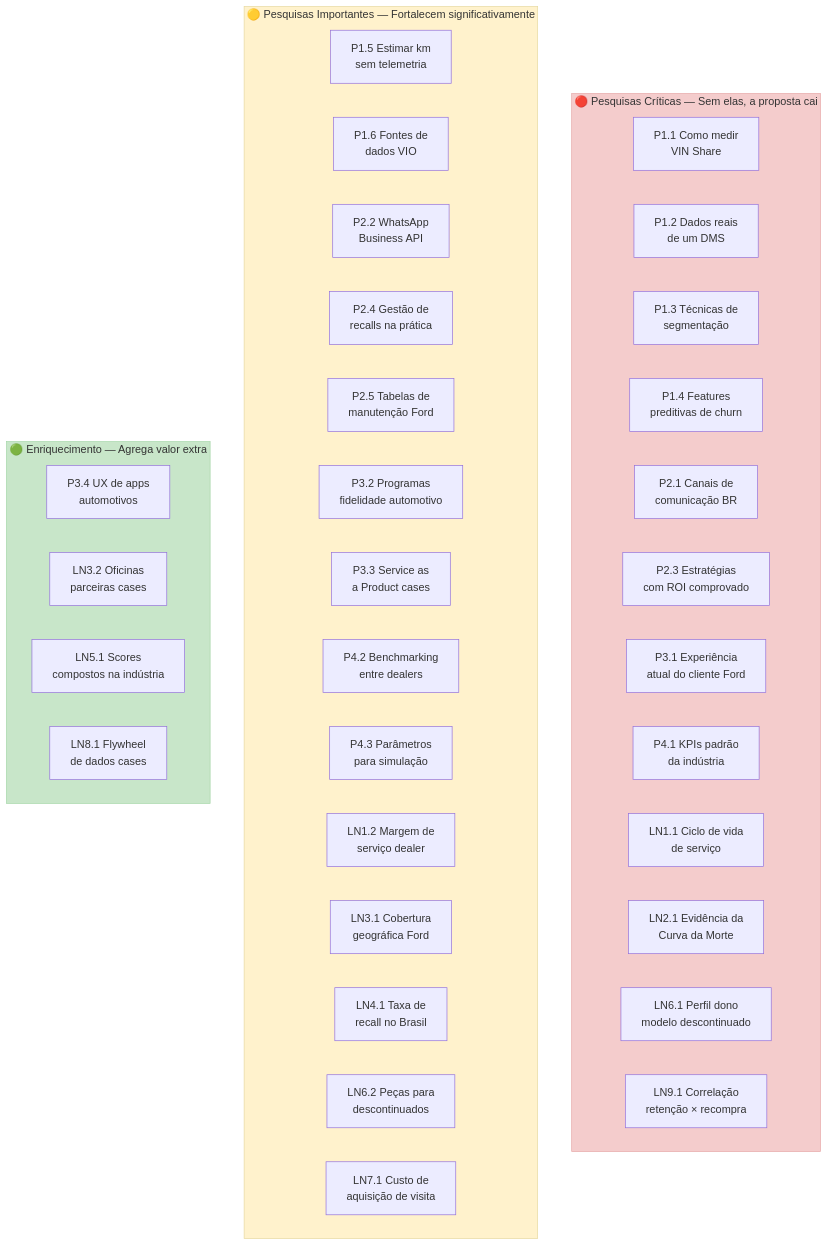
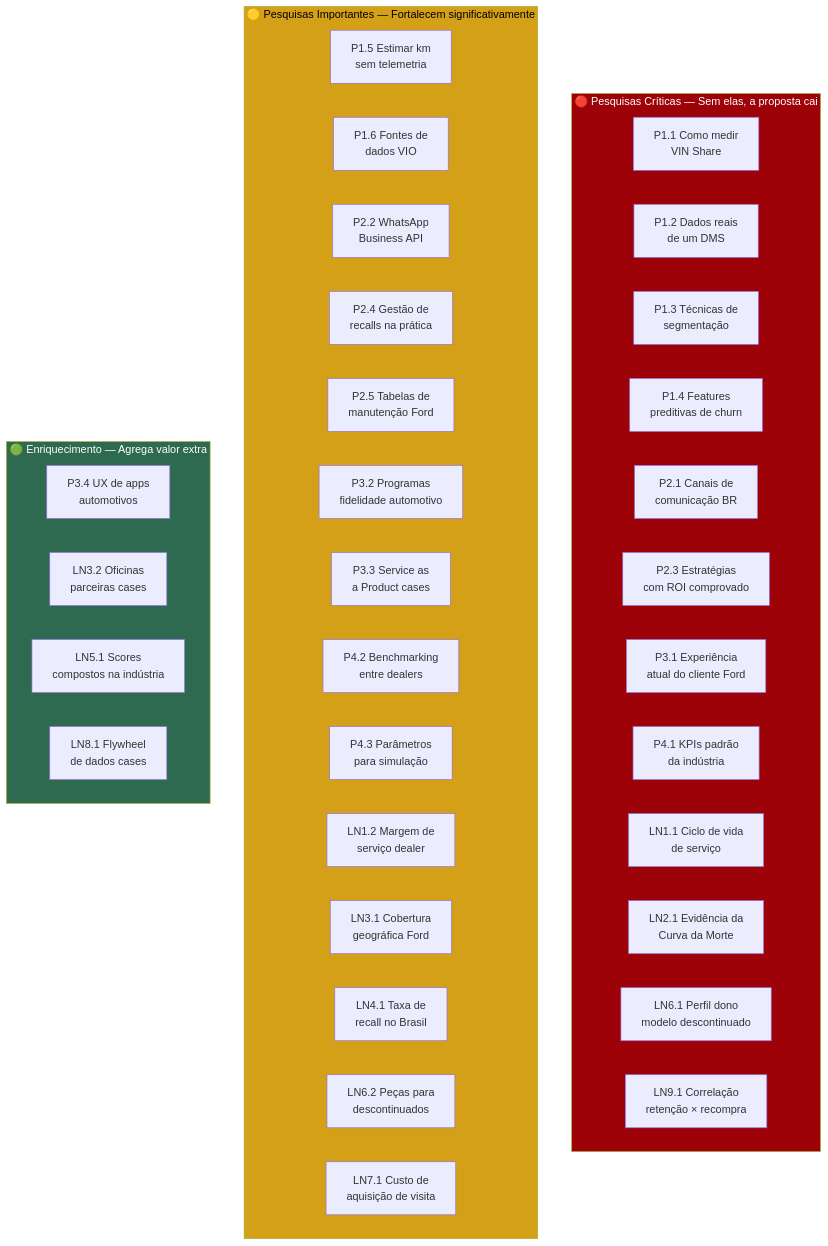
One commit to fwd-ford/forward-docs changed the third of 3 diagrams in project/01_MAPA_DE_PESQUISA.md. Above: the diagram before and after it, drawn with Mermaid. The commit also changed other lines of this file and 3 other files, not shown here.

````diff
--- a/project/01_MAPA_DE_PESQUISA.md
+++ b/project/01_MAPA_DE_PESQUISA.md
@@ -535,45 +545,45 @@
 ```mermaid
 flowchart TB
     subgraph CRITICAS["🔴 Pesquisas Críticas — Sem elas, a proposta cai"]
         P11["P1.1 Como medir<br>VIN Share"]
         P12["P1.2 Dados reais<br>de um DMS"]
         P13["P1.3 Técnicas de<br>segmentação"]
         P14["P1.4 Features<br>preditivas de churn"]
         P21["P2.1 Canais de<br>comunicação BR"]
         P23["P2.3 Estratégias<br>com ROI comprovado"]
         P31["P3.1 Experiência<br>atual do cliente Ford"]
         P41["P4.1 KPIs padrão<br>da indústria"]
         LN11["LN1.1 Ciclo de vida<br>de serviço"]
         LN21["LN2.1 Evidência da<br>Curva da Morte"]
         LN61["LN6.1 Perfil dono<br>modelo descontinuado"]
         LN91["LN9.1 Correlação<br>retenção × recompra"]
     end
 
     subgraph IMPORTANTES["🟡 Pesquisas Importantes — Fortalecem significativamente"]
         P15["P1.5 Estimar km<br>sem telemetria"]
         P16["P1.6 Fontes de<br>dados VIO"]
         P22["P2.2 WhatsApp<br>Business API"]
         P24["P2.4 Gestão de<br>recalls na prática"]
         P25["P2.5 Tabelas de<br>manutenção Ford"]
         P32["P3.2 Programas<br>fidelidade automotivo"]
         P33["P3.3 Service as<br>a Product cases"]
         P42["P4.2 Benchmarking<br>entre dealers"]
         P43["P4.3 Parâmetros<br>para simulação"]
         LN12["LN1.2 Margem de<br>serviço dealer"]
         LN31["LN3.1 Cobertura<br>geográfica Ford"]
         LN41["LN4.1 Taxa de<br>recall no Brasil"]
         LN62["LN6.2 Peças para<br>descontinuados"]
         LN71["LN7.1 Custo de<br>aquisição de visita"]
     end
 
     subgraph ENRIQUECIMENTO["🟢 Enriquecimento — Agrega valor extra"]
         P34["P3.4 UX de apps<br>automotivos"]
         LN32["LN3.2 Oficinas<br>parceiras cases"]
         LN51["LN5.1 Scores<br>compostos na indústria"]
         LN81["LN8.1 Flywheel<br>de dados cases"]
     end
 
-    style CRITICAS fill:#f4cccc,color:#333,stroke:#e6a8a8
-    style IMPORTANTES fill:#fff2cc,color:#333,stroke:#e6d9a0
-    style ENRIQUECIMENTO fill:#c8e6c9,color:#333,stroke:#a5d6a7
+    style CRITICAS fill:#9d0208,color:#fff
+    style IMPORTANTES fill:#d4a017,color:#000
+    style ENRIQUECIMENTO fill:#2d6a4f,color:#fff
 ```
````
